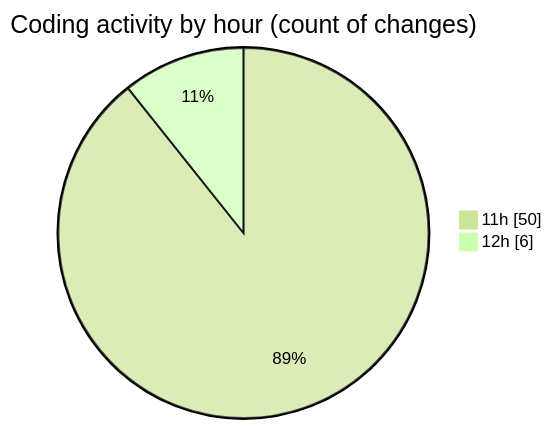
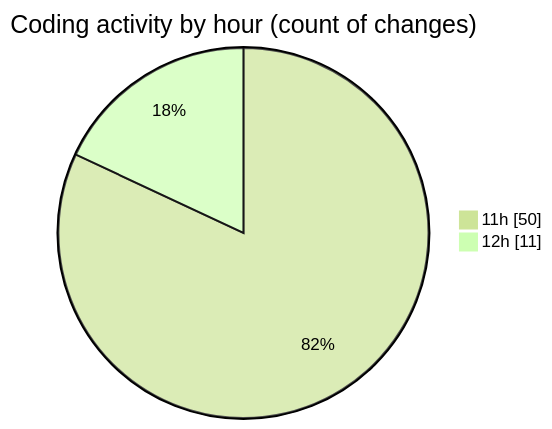
The second of 2 diagrams in 2026-02-06/singularitybrainai/README.md (tmsrecording-cyber/code-tracking), drawn with Mermaid (forest theme) before and after one commit. The commit also changed other lines of this file and 1 other file, not shown here.

````diff
--- a/2026-02-06/singularitybrainai/README.md
+++ b/2026-02-06/singularitybrainai/README.md
@@ -32,6 +35,6 @@
 ```mermaid
 pie showData
 title Coding activity by hour (count of changes)
 "11h" : 50
-"12h" : 6
+"12h" : 11
 ```
````
